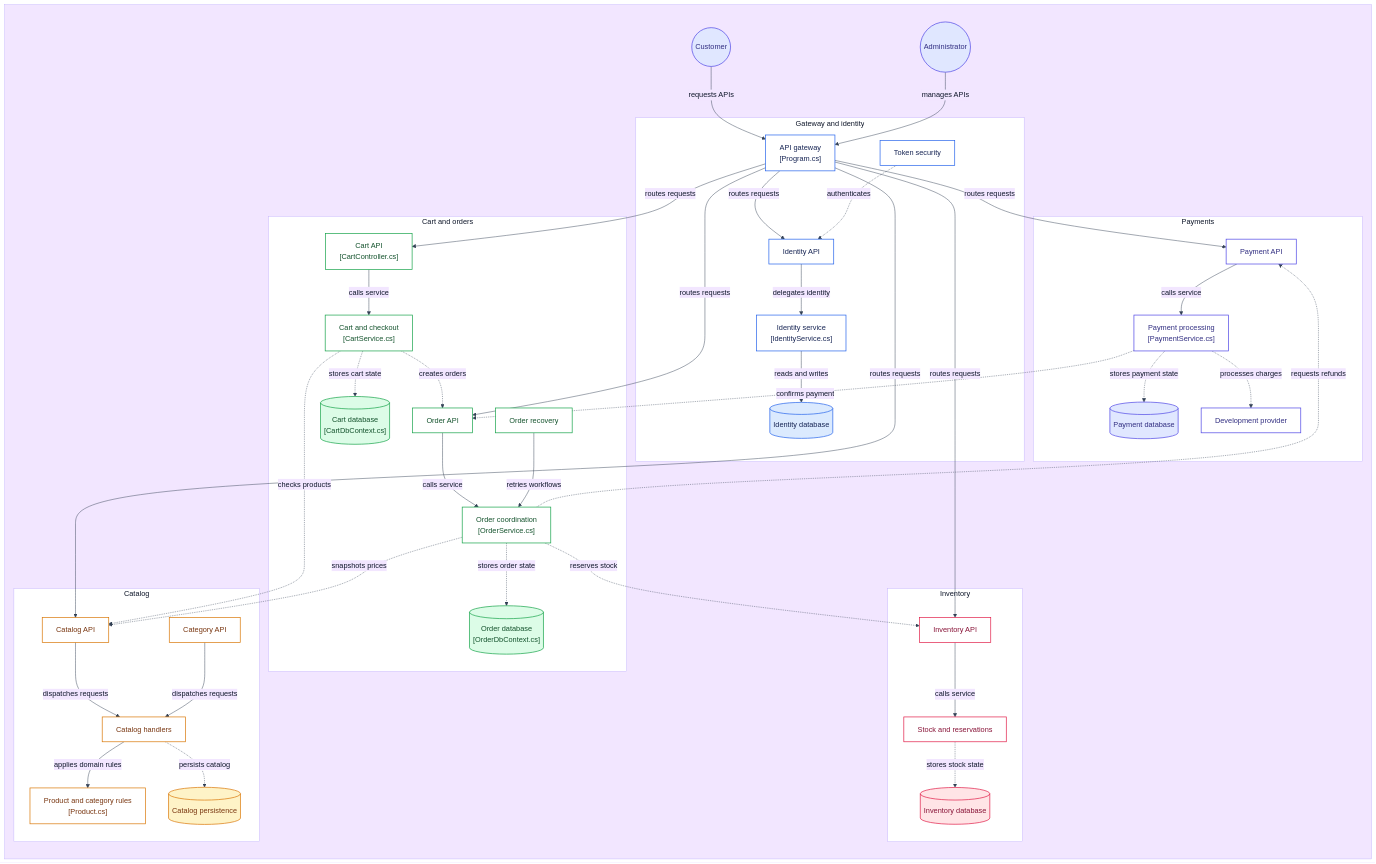
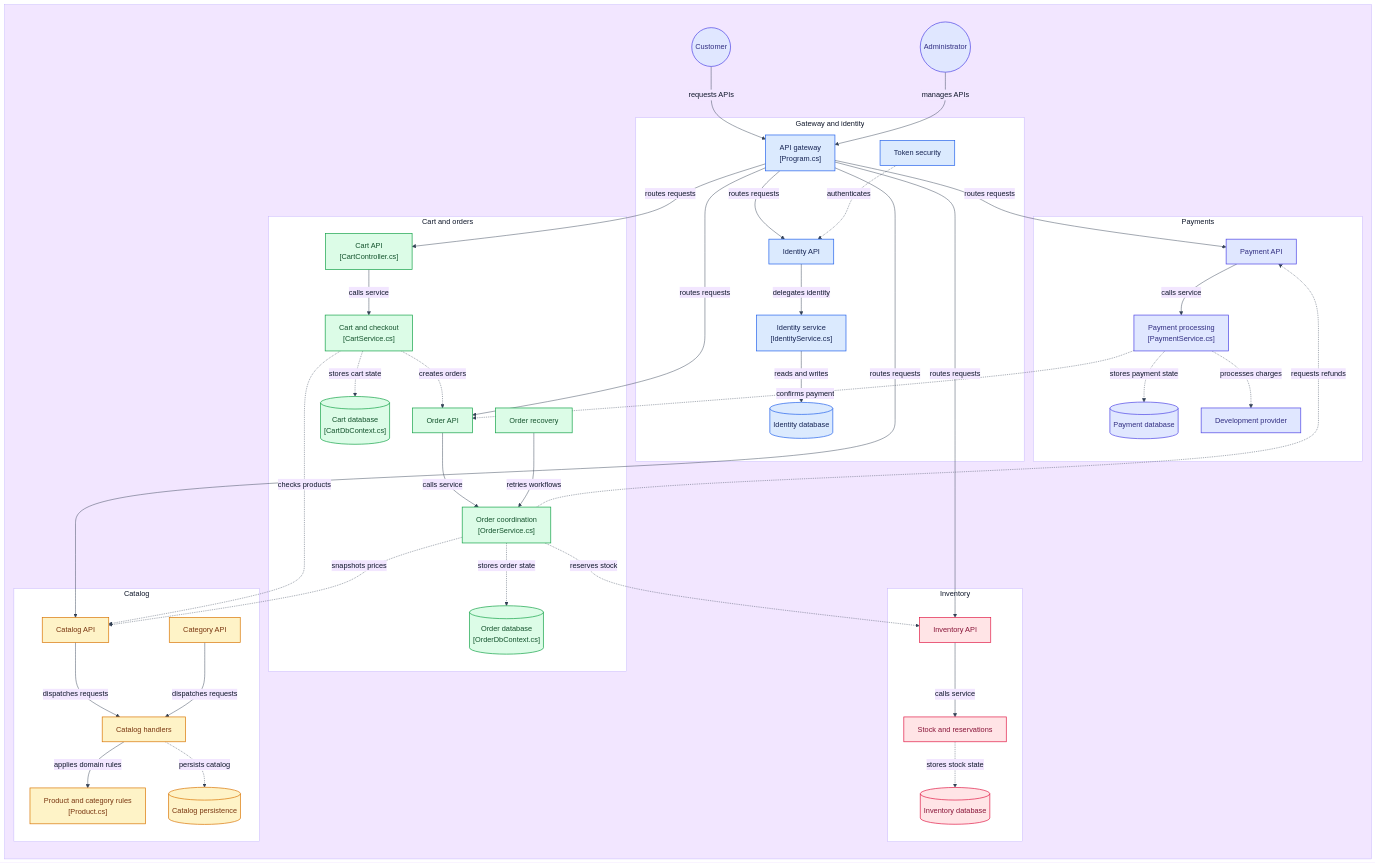
Before and after one commit to aliyavarguluzada/ECommerce: the diagram in README.md, drawn with Mermaid.

Commit message:
Refine README Mermaid diagram styling
Add a toneTeal class and remove generic whiteBox assignments to keep the README Mermaid diagram color-coded by component group.

````diff
--- a/README.md
+++ b/README.md
@@ -141,6 +141,4 @@
 class node_cart_api,node_cart_service,node_cart_db,node_order_api,node_order_service,node_order_db,node_order_recovery toneMint
 class node_inventory_api,node_inventory_service,node_inventory_db toneRose
 class node_payment_api,node_payment_service,node_payment_db,node_payment_provider,node_customer,node_admin toneIndigo
-classDef whiteBox fill:#ffffff
-class node_gateway,node_identity_api,node_identity_service,node_security,node_catalog_api,node_category_api,node_catalog_handlers,node_catalog_domain,node_cart_api,node_cart_service,node_order_api,node_order_service,node_order_recovery,node_inventory_api,node_inventory_service,node_payment_api,node_payment_service,node_payment_provider whiteBox
 ```
````
